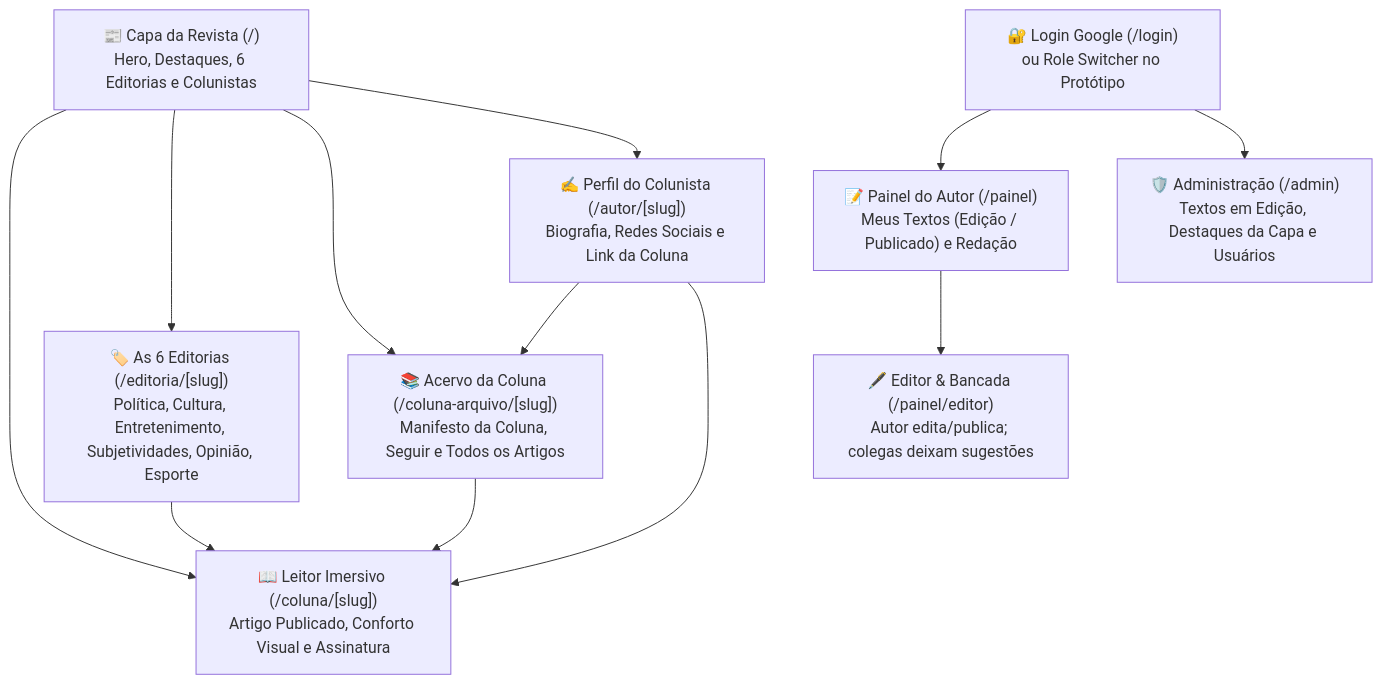
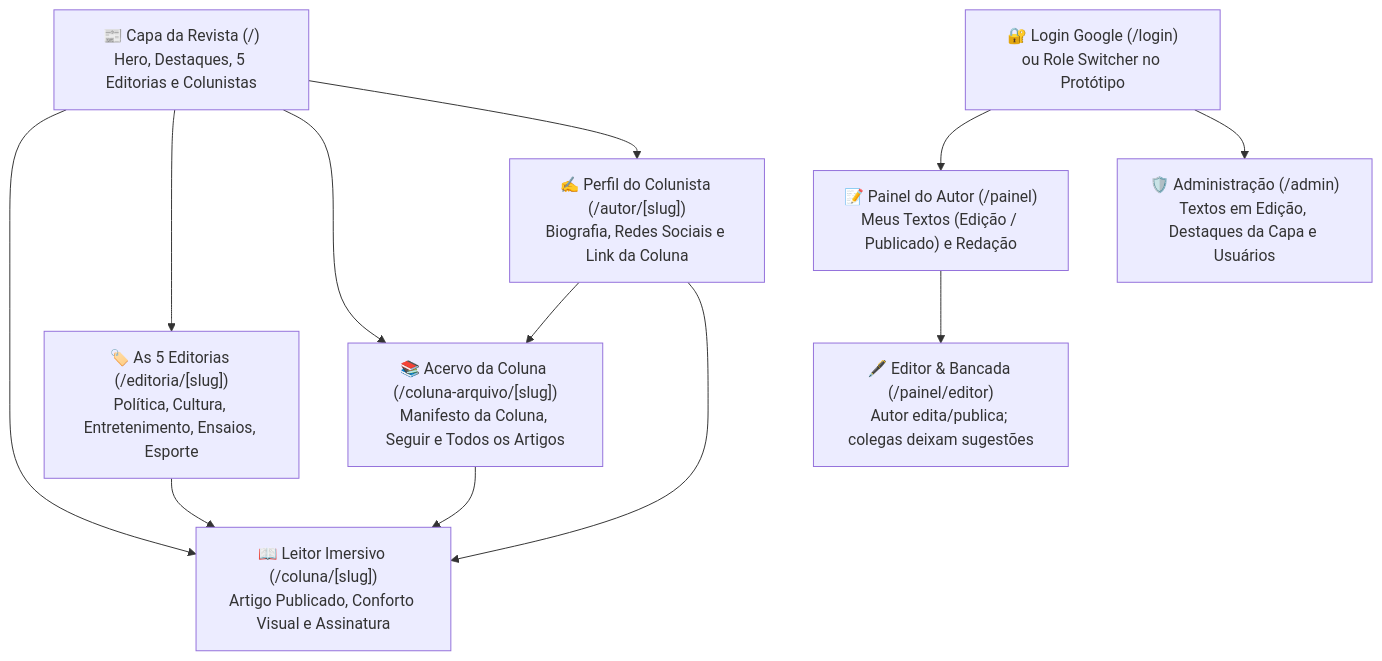
One commit to MaiconBDSilva/aresta-revista changed the diagram in docs/tutorial-do-sistema.md. Above: the diagram before and after it, drawn with Mermaid. The commit also changed other lines of this file and 24 other files, not shown here.

````diff
--- a/docs/tutorial-do-sistema.md
+++ b/docs/tutorial-do-sistema.md
@@ -41,14 +41,14 @@
 ```mermaid
 flowchart TD
-    CAPA["📰 Capa da Revista (/)<br/>Hero, Destaques, 6 Editorias e Colunistas"] --> ARTIGO["📖 Leitor Imersivo (/coluna/[slug])<br/>Artigo Publicado, Conforto Visual e Assinatura"]
-    CAPA --> CAT["🏷️ As 6 Editorias (/editoria/[slug])<br/>Política, Cultura, Entretenimento, Subjetividades, Opinião, Esporte"]
+    CAPA["📰 Capa da Revista (/)<br/>Hero, Destaques, 5 Editorias e Colunistas"] --> ARTIGO["📖 Leitor Imersivo (/coluna/[slug])<br/>Artigo Publicado, Conforto Visual e Assinatura"]
+    CAPA --> CAT["🏷️ As 5 Editorias (/editoria/[slug])<br/>Política, Cultura, Entretenimento, Ensaios, Esporte"]
     CAPA --> COL_ARQ["📚 Acervo da Coluna (/coluna-arquivo/[slug])<br/>Manifesto da Coluna, Seguir e Todos os Artigos"]
     CAPA --> AUTOR["✍️ Perfil do Colunista (/autor/[slug])<br/>Biografia, Redes Sociais e Link da Coluna"]
     CAT --> ARTIGO
     COL_ARQ --> ARTIGO
     AUTOR --> COL_ARQ
     AUTOR --> ARTIGO
     LOGIN["🔐 Login Google (/login)<br/>ou Role Switcher no Protótipo"] --> PAINEL["📝 Painel do Autor (/painel)<br/>Meus Textos (Edição / Publicado) e Redação"]
     LOGIN --> ADMIN["🛡️ Administração (/admin)<br/>Textos em Edição, Destaques da Capa e Usuários"]
     PAINEL --> EDITOR["🖋️ Editor & Bancada (/painel/editor)<br/>Autor edita/publica; colegas deixam sugestões"]
 ```
````
